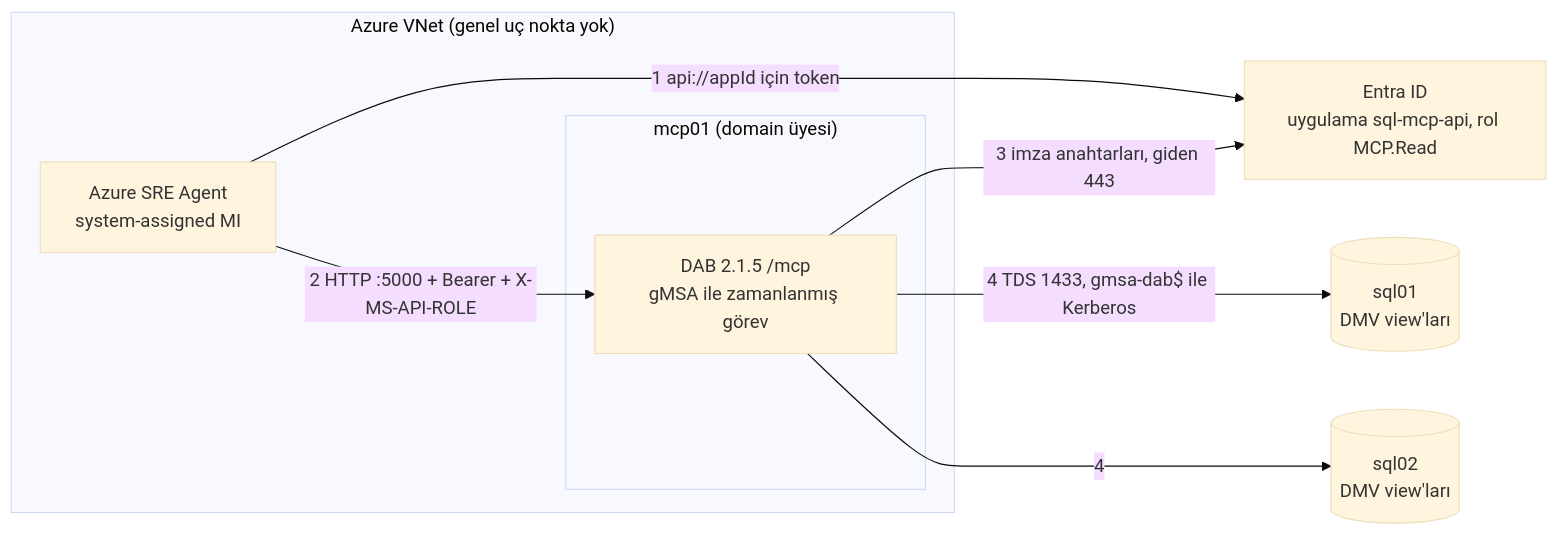
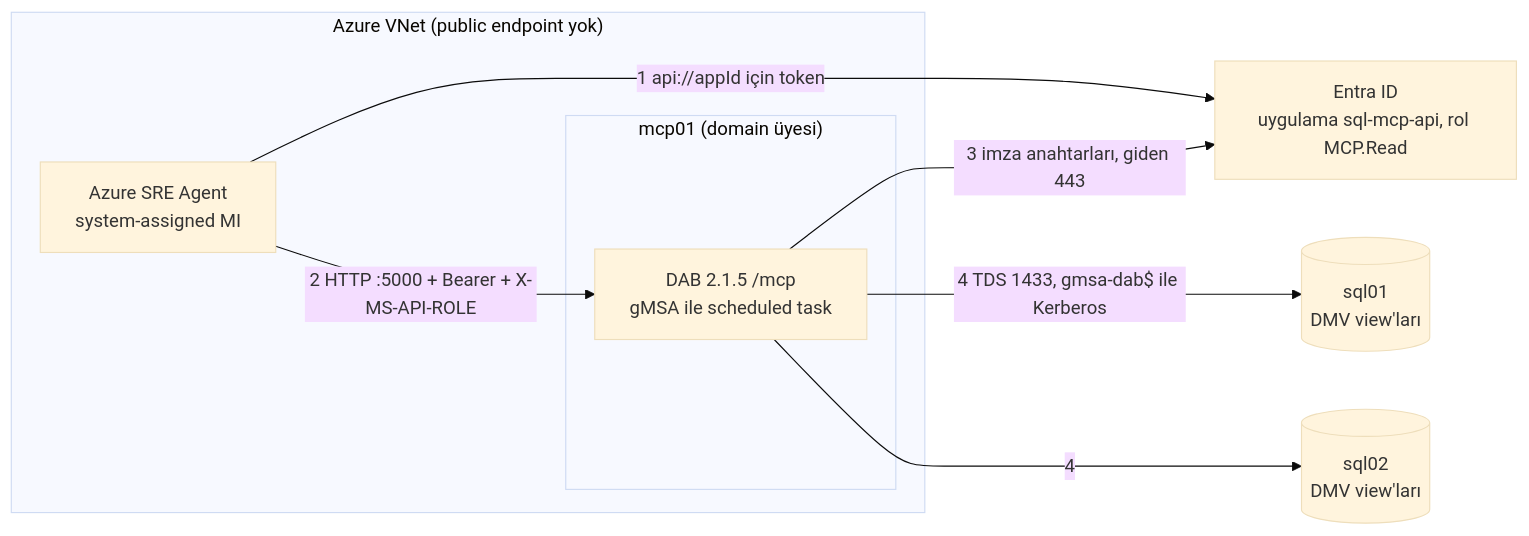
Before and after one commit to VezirOrg/sreagent-blog: the diagram in content/posts/sql-mcp-part-1/index.tr.md, drawn with Mermaid (base theme). The commit also changed other lines of this file and 3 other files, not shown here.

```diff
--- a/content/posts/sql-mcp-part-1/index.tr.md
+++ b/content/posts/sql-mcp-part-1/index.tr.md
@@ -36,17 +36,17 @@
 {{< mermaid >}}
 flowchart LR
-  subgraph AZ["Azure VNet (genel uç nokta yok)"]
+  subgraph AZ["Azure VNet (public endpoint yok)"]
     AG["Azure SRE Agent<br/>system-assigned MI"]
     subgraph HOST["mcp01 (domain üyesi)"]
-      DAB["DAB 2.1.5 /mcp<br/>gMSA ile zamanlanmış görev"]
+      DAB["DAB 2.1.5 /mcp<br/>gMSA ile scheduled task"]
     end
   end
   ENTRA["Entra ID<br/>uygulama sql-mcp-api, rol MCP.Read"]
   SQL1[("sql01<br/>DMV view'ları")]
   SQL2[("sql02<br/>DMV view'ları")]
   AG -- "1 api://appId için token" --> ENTRA
   AG -- "2 HTTP :5000 + Bearer + X-MS-API-ROLE" --> DAB
   DAB -- "3 imza anahtarları, giden 443" --> ENTRA
   DAB -- "4 TDS 1433, gmsa-dab$ ile Kerberos" --> SQL1
   DAB -- "4" --> SQL2
 {{< /mermaid >}}
```
